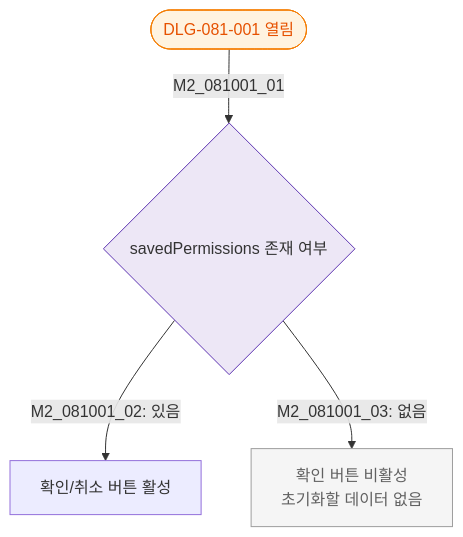
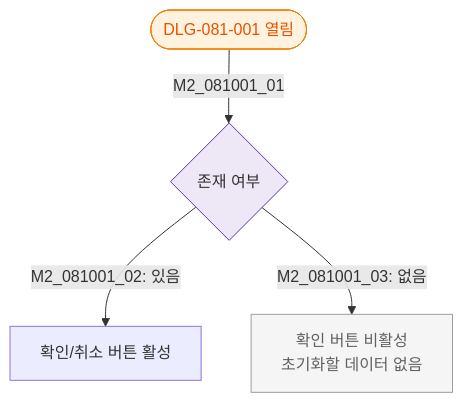
Before and after one commit to dev-spogym/admin-pando: the diagram in docs/다이어그램/D09_설정관리/DLG/DLG-081-001_권한초기화/M2_필드검증.md, drawn with Mermaid. The commit also changed other lines of this file and 1660 other files, not shown here.

First line of the commit message:
다이어그램: 기획자/클라이언트 납품본으로 정리

````diff
--- a/docs/다이어그램/D09_설정관리/DLG/DLG-081-001_권한초기화/M2_필드검증.md
+++ b/docs/다이어그램/D09_설정관리/DLG/DLG-081-001_권한초기화/M2_필드검증.md
@@ -14,13 +12,13 @@
 ```mermaid
 flowchart TD
-    Open([DLG-081-001 열림]) -->|M2_081001_01| CheckSaved{savedPermissions 존재 여부}
-    CheckSaved -->|"M2_081001_02: 있음"| ShowConfirm[확인/취소 버튼 활성]
-    CheckSaved -->|"M2_081001_03: 없음"| DisableConfirm[확인 버튼 비활성\n초기화할 데이터 없음]
+    Open([DLG-081-001 열림]) -->|M2_081001_01|CheckSaved{존재 여부}
+    CheckSaved -->|"M2_081001_02: 있음"|ShowConfirm[확인/취소 버튼 활성]
+    CheckSaved -->|"M2_081001_03: 없음"|DisableConfirm[확인 버튼 비활성\n초기화할 데이터 없음]
 
     classDef modal fill:#FFF3E0,stroke:#F57C00,color:#E65100
     classDef system fill:#EDE7F6,stroke:#5E35B2
     classDef rbacBlocked fill:#F5F5F5,stroke:#9E9E9E,color:#616161
     class Open modal
     class CheckSaved system
     class DisableConfirm rbacBlocked
 ```
````
